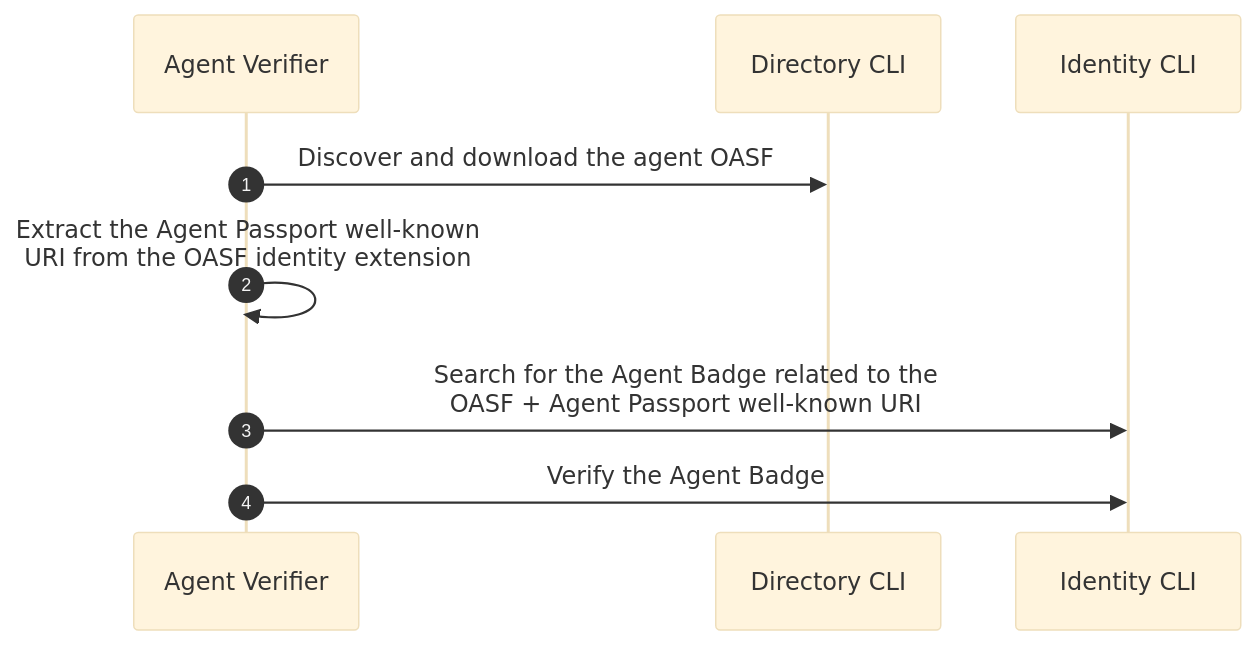
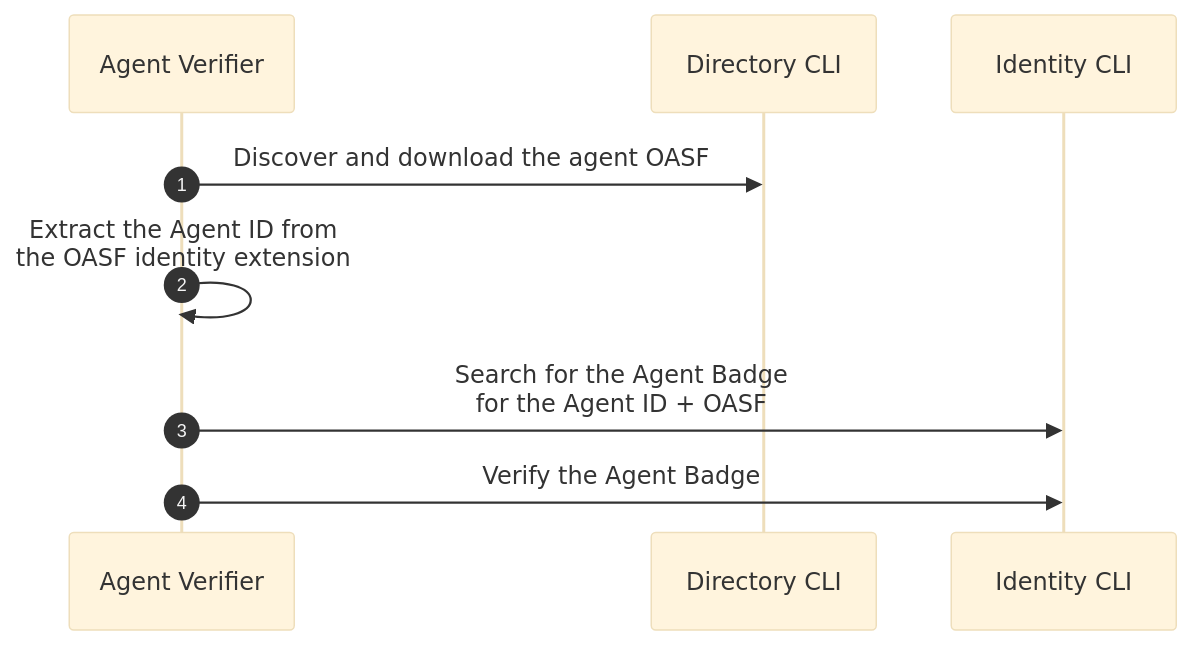
The fourth of 4 diagrams in docs-src/docs/specs/flows/agntcy_user.md (agntcy/identity-spec), drawn with Mermaid (base theme) before and after one commit. The commit also changed other lines of this file and 1 other file, not shown here.

Commit message:
fix: remove passport

````diff
--- a/docs-src/docs/specs/flows/agntcy_user.md
+++ b/docs-src/docs/specs/flows/agntcy_user.md
@@ -63,12 +58,12 @@
 ```mermaid
 sequenceDiagram
 autonumber
 
 Agent Verifier->>Directory CLI: Discover and download the agent OASF
 
-Agent Verifier->>Agent Verifier: Extract the Agent Passport well-known<br/>URI from the OASF identity extension
+Agent Verifier->>Agent Verifier: Extract the Agent ID from<br/>the OASF identity extension
 
-Agent Verifier->>Identity CLI: Search for the Agent Badge related to the<br/>OASF + Agent Passport well-known URI
+Agent Verifier->>Identity CLI: Search for the Agent Badge<br/>for the Agent ID + OASF
 
 Agent Verifier->>Identity CLI: Verify the Agent Badge
 ```
````
